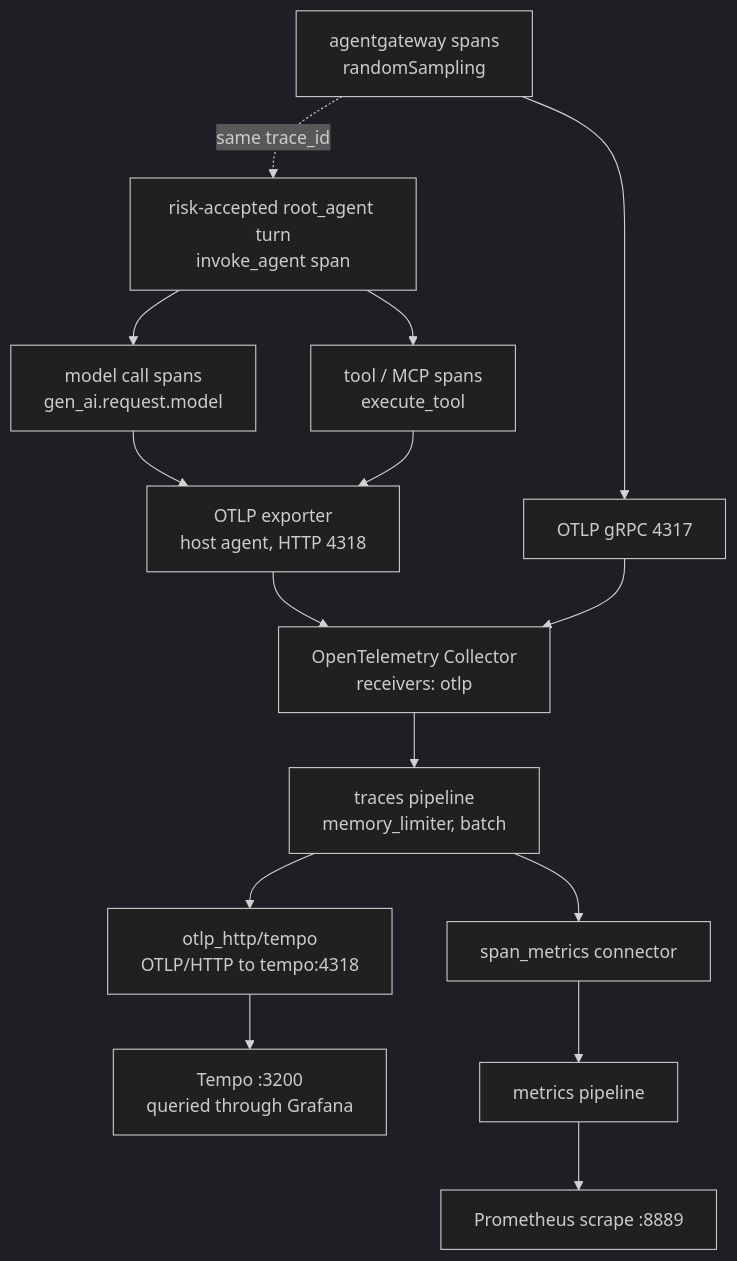
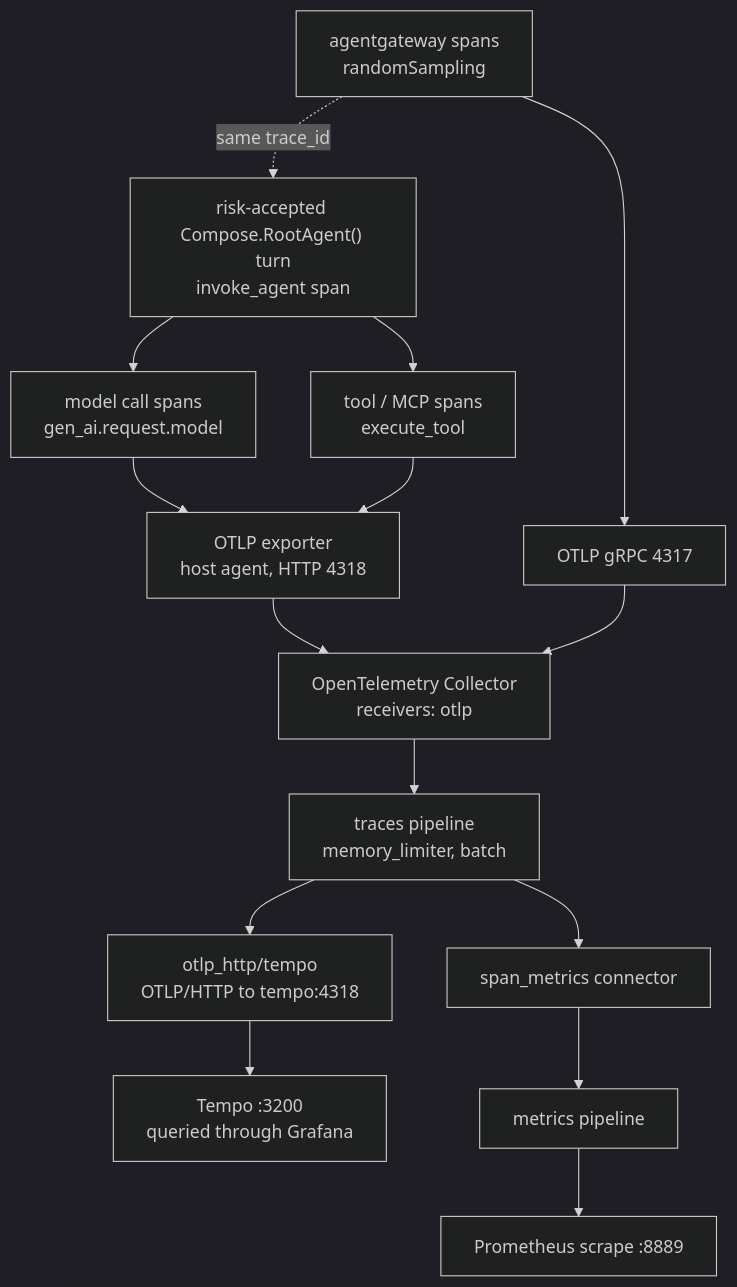
One commit to LuiGGi629/agentops-open-course changed the diagram in content/7. Observability/7.1. Tracing.md. Above: the diagram before and after it, drawn with Mermaid (dark theme). The commit also changed other lines of this file and 16 other files, not shown here.

````diff
--- a/content/7. Observability/7.1. Tracing.md
+++ b/content/7. Observability/7.1. Tracing.md
@@ -173,17 +173,17 @@
 ```mermaid
 flowchart TD
-  A["risk-accepted root_agent turn<br/>invoke_agent span"] --> B["model call spans<br/>gen_ai.request.model"]
+  A["risk-accepted Compose.RootAgent() turn<br/>invoke_agent span"] --> B["model call spans<br/>gen_ai.request.model"]
   A --> C["tool / MCP spans<br/>execute_tool"]
   G["agentgateway spans<br/>randomSampling"] -. same trace_id .-> A
   B --> H["OTLP exporter<br/>host agent, HTTP 4318"]
   C --> H
   G --> I["OTLP gRPC 4317"]
   H --> K["OpenTelemetry Collector<br/>receivers: otlp"]
   I --> K
   K --> L["traces pipeline<br/>memory_limiter, batch"]
   L --> M["otlp_http/tempo<br/>OTLP/HTTP to tempo:4318"]
   L --> N["span_metrics connector"]
   M --> Q["Tempo :3200<br/>queried through Grafana"]
   N --> O["metrics pipeline"]
   O --> P["Prometheus scrape :8889"]
 ```
````
